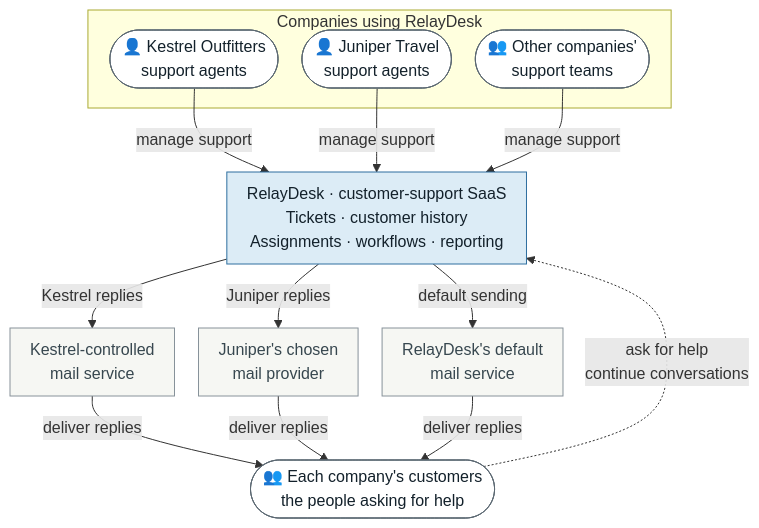
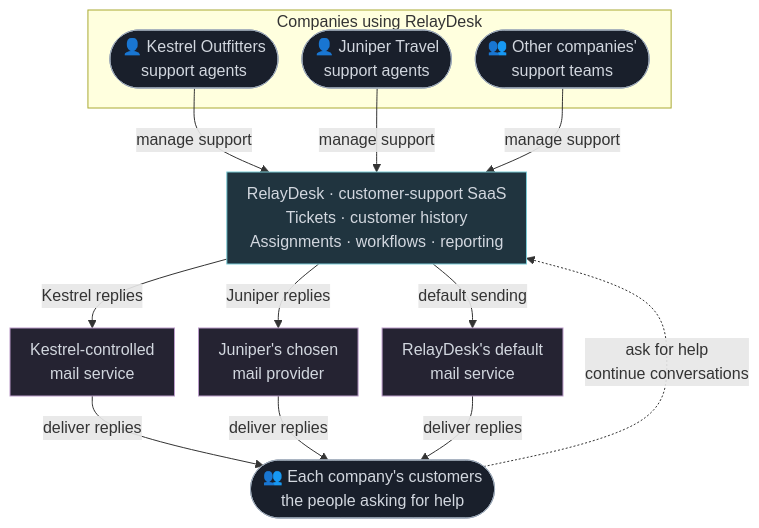
Before and after one commit to simple-java-mail/simplejavamail.org: the first of 4 diagrams in src/journal/2026-09-12-everybody-brought-their-own-mail-server.md, drawn with Mermaid. The commit also changed other lines of this file and 50 other files, not shown here.

````diff
--- a/src/journal/2026-09-12-everybody-brought-their-own-mail-server.md
+++ b/src/journal/2026-09-12-everybody-brought-their-own-mail-server.md
@@ -34,37 +36,37 @@
 ```mermaid
 %%{init: { "flowchart": { "padding": 10, "wrappingWidth": 280, "nodeSpacing": 24, "rankSpacing": 40 } } }%%
 flowchart TB
     accTitle: RelayDesk connects support teams with the people they help
     accDescr: Kestrel Outfitters, Juniper Travel and other companies use RelayDesk to manage support conversations, customer history, assignments, workflows and reporting. Their customers ask for help and continue those conversations. Outgoing email replies travel through each company's approved mail service: Kestrel-controlled servers, Juniper's chosen provider or RelayDesk's default service. This view shows the product and its external relationships, not its internal sending implementation.
 
     subgraph teams["Companies using RelayDesk"]
         kestrelAgents(["👤 Kestrel Outfitters<br/>support agents"])
         juniperAgents(["👤 Juniper Travel<br/>support agents"])
         otherAgents(["👥 Other companies'<br/>support teams"])
     end
 
     relaydesk["RelayDesk · customer-support SaaS<br/>Tickets · customer history<br/>Assignments · workflows · reporting"]
 
     kestrelMail["Kestrel-controlled<br/>mail service"]
     juniperMail["Juniper's chosen<br/>mail provider"]
     defaultMail["RelayDesk's default<br/>mail service"]
     customers(["👥 Each company's customers<br/>the people asking for help"])
 
     kestrelAgents -->|manage support| relaydesk
     juniperAgents -->|manage support| relaydesk
     otherAgents -->|manage support| relaydesk
     relaydesk -->|Kestrel replies| kestrelMail
     relaydesk -->|Juniper replies| juniperMail
     relaydesk -->|default sending| defaultMail
     kestrelMail -->|deliver replies| customers
     juniperMail -->|deliver replies| customers
     defaultMail -->|deliver replies| customers
     customers -.->|ask for help<br/>continue conversations| relaydesk
 
-    classDef person fill:#FFFFFF,stroke:#5B6872,color:#13212B
-    classDef product fill:#DCECF6,stroke:#2F6F9F,color:#13212B
-    classDef external fill:#F6F7F3,stroke:#87929A,color:#37474F
+    classDef person fill:#191F2B,stroke:#9DA9B8,color:#D2D7DF
+    classDef product fill:#20343F,stroke:#7BCBD6,color:#D2D7DF
+    classDef external fill:#252332,stroke:#B99AC8,color:#D2D7DF
     class kestrelAgents,juniperAgents,otherAgents,customers person
     class relaydesk product
     class kestrelMail,juniperMail,defaultMail external
 ```
````
